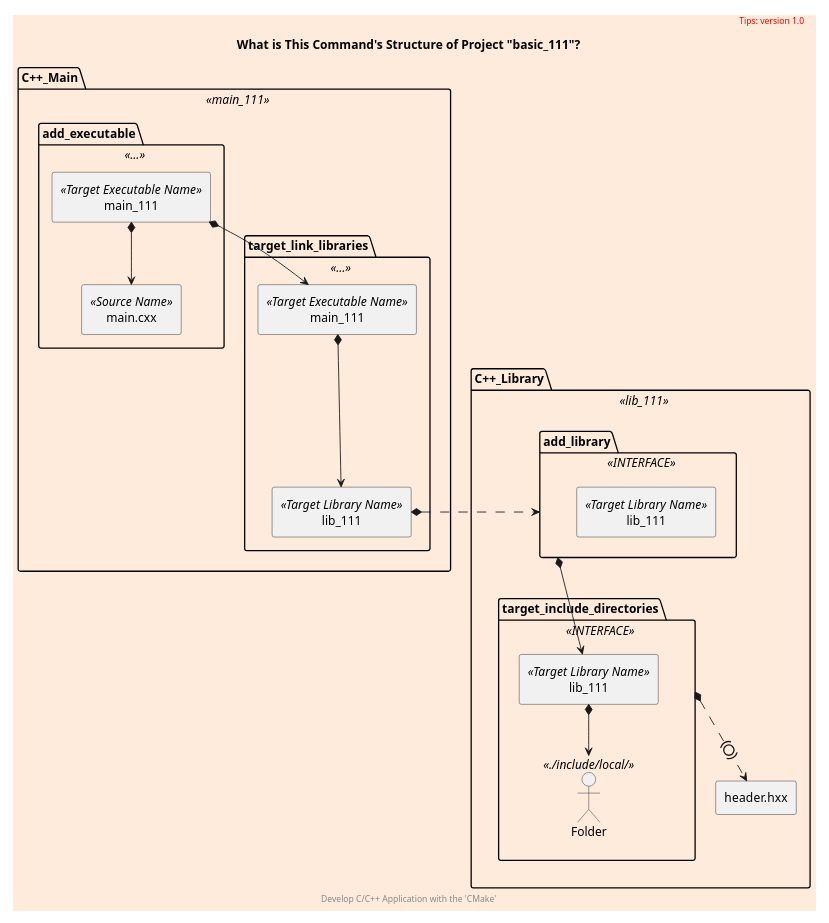
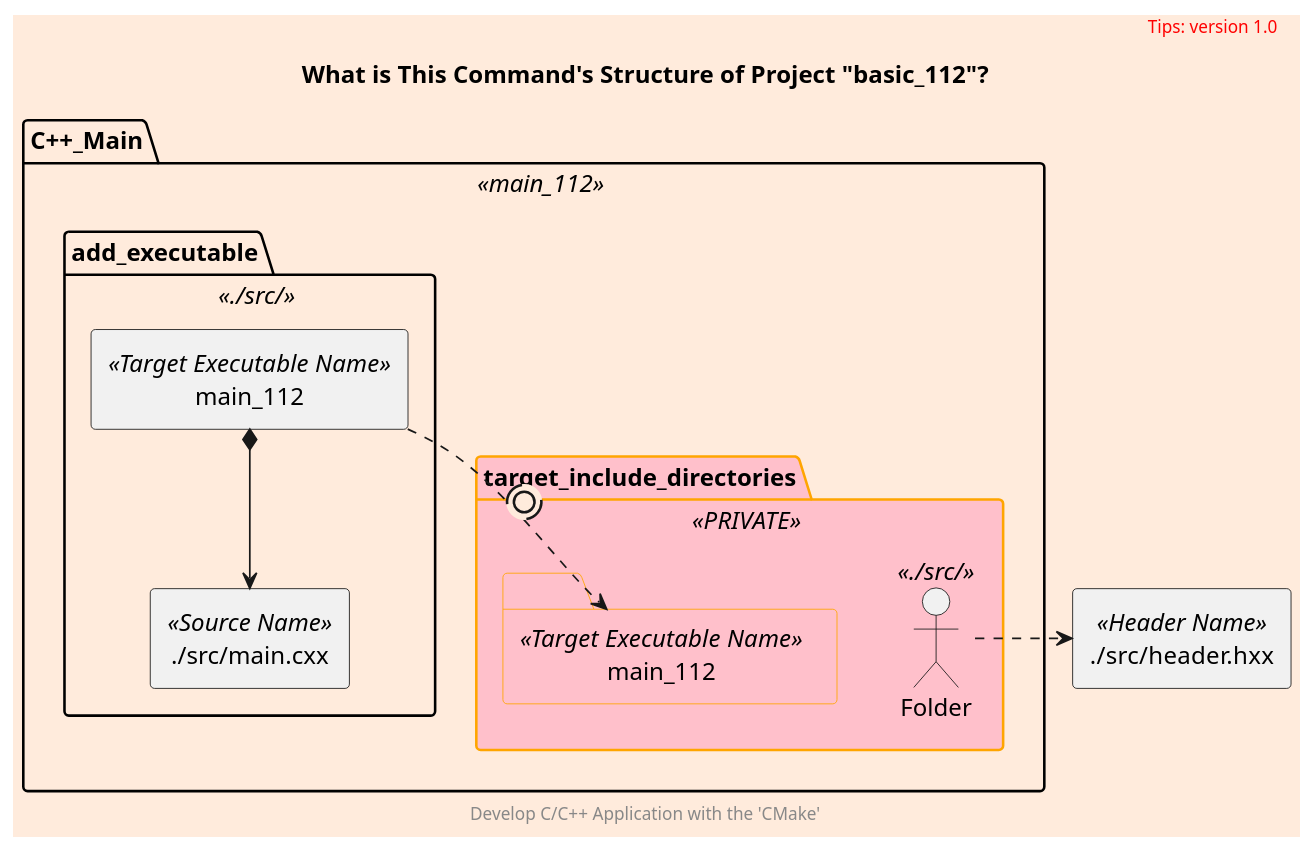
The diagram in docs/what-command.puml (cnruby/w3h1_cmake), drawn with PlantUML before and after one commit. The commit also changed 19 other files, not shown here.

```diff
--- a/docs/what-command.puml
+++ b/docs/what-command.puml
@@ -1,49 +1,40 @@
 @startuml
-scale 800 width
+scale 1000 width
 skinparam backgroundColor #FFEBDC
-scale 0.65
+scale 1.3
 
-package C++_Main <<main_111>> as cxx_main {
-    package add_executable <<...>> {
-        rectangle main_111 <<Target Executable Name>> as main_111
-        rectangle main.cxx <<Source Name>> as main_cxx
-    }
-    package target_link_libraries <<...>> {
-        rectangle main_111 <<Target Executable Name>> as main_111_link
-        rectangle lib_111 <<Target Library Name>> as library_link
+skinparam Folder {
+  backgroundColor pink
+  borderColor orange
+}
+
+rectangle "./src/header.hxx" <<Header Name>> as header_hxx
+
+package C++_Main <<main_112>> as cxx_main {
+    package add_executable <<./src/>> {
+        rectangle main_112 <<Target Executable Name>> as main_exe
+        rectangle "./src/main.cxx" <<Source Name>> as main_cxx
     }
 
-    main_111 *--> main_cxx
-    main_111 *--> main_111_link
-    main_111_link *--> library_link
+    Folder target_include_directories <<PRIVATE>> as main_include_dir {
+        Folder main_112 <<Target Executable Name>> as main_exe_include
+        Folder <<./src/>> as header_dir
+    }
+
+    main_exe *--> main_cxx
+    main_exe .(0).> main_exe_include
+    header_dir .right.> header_hxx
 }
-
-package C++_Library <<lib_111>> as cxx_lib {
-    package add_library <<INTERFACE>> as add_library {
-        rectangle lib_111 <<Target Library Name>>
-    }
-    package target_include_directories <<INTERFACE>> as target_lib {
-        Folder <<./include/local/>> as local
-        rectangle lib_111 <<Target Library Name>> as library
-    }
-    rectangle header.hxx as header
-
-    add_library *--> library
-    library *--> local
-    target_lib *.(0).> header
-}
-
-library_link *.right.> add_library
 
 
 title
-    What is This Command's Structure of Project "basic_111"?
+    What is This Command's Structure of Project "basic_112"?
 end title
 
 header
 <font color=red>Tips: version 1.0</font>
 endheader
 
 center footer Develop C/C++ Application with the 'CMake'
 
 @enduml
```
